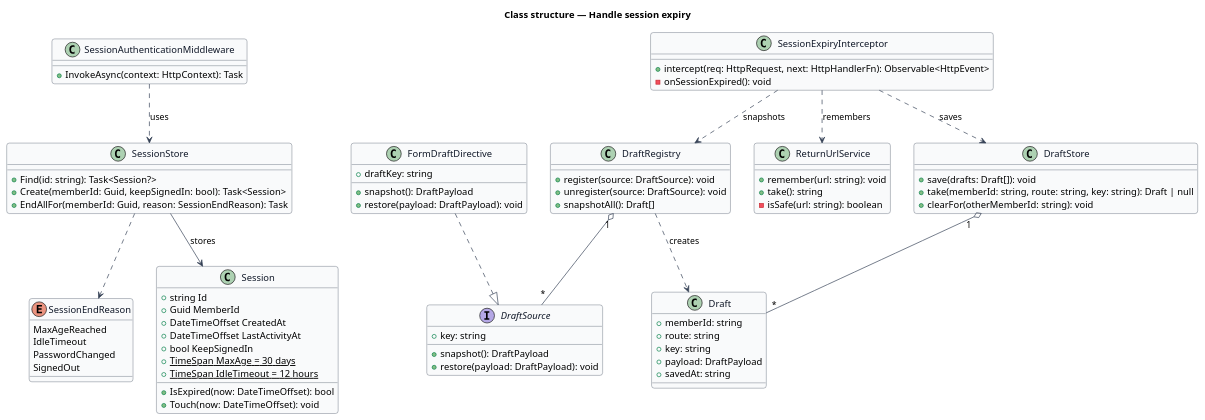
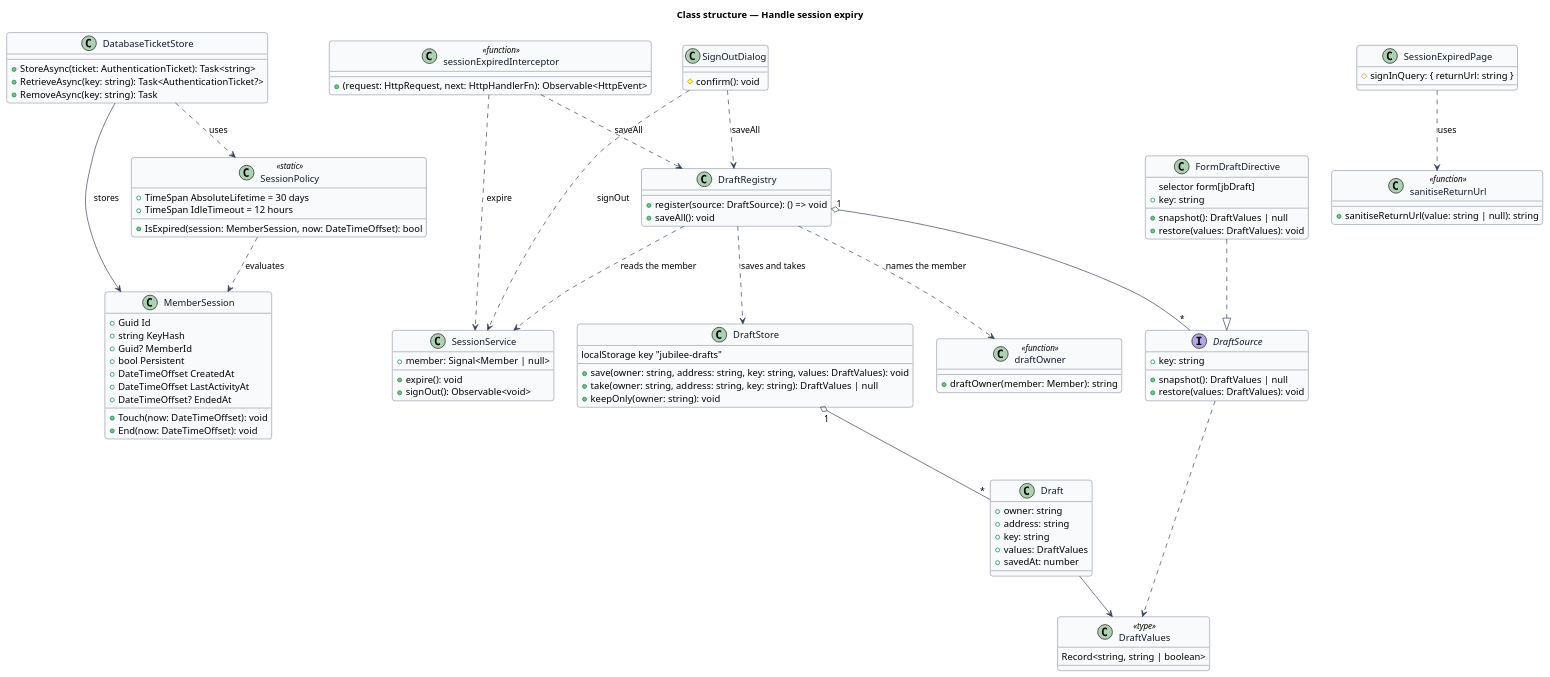
Before and after one commit to QuinntyneBrown/jubilee: the diagram in docs/detailed-designs/system-pages/handle-session-expiry/diagrams/class-structure.puml, drawn with PlantUML. The commit also changed 35 other files, not shown here.

Commit message:
Bring the sign-in, manage-session and session-expiry designs in line with the code as built (ADR 0045)

```diff
--- a/docs/detailed-designs/system-pages/handle-session-expiry/diagrams/class-structure.puml
+++ b/docs/detailed-designs/system-pages/handle-session-expiry/diagrams/class-structure.puml
@@ -1,85 +1,102 @@
 @startuml
 skinparam backgroundColor #FFFFFF
 skinparam shadowing false
 skinparam roundcorner 8
 skinparam defaultFontName Arial
 skinparam ArrowColor #344054
 skinparam class {
   BorderColor #344054
   FontColor #101828
   BackgroundColor #F9FAFB
 }
 title Class structure — Handle session expiry
-enum SessionEndReason {
-  MaxAgeReached
-  IdleTimeout
-  PasswordChanged
-  SignedOut
-}
-class Session {
-  +string Id
-  +Guid MemberId
+class MemberSession {
+  +Guid Id
+  +string KeyHash
+  +Guid? MemberId
+  +bool Persistent
   +DateTimeOffset CreatedAt
   +DateTimeOffset LastActivityAt
-  +bool KeepSignedIn
-  +{static} TimeSpan MaxAge = 30 days
-  +{static} TimeSpan IdleTimeout = 12 hours
-  +IsExpired(now: DateTimeOffset): bool
+  +DateTimeOffset? EndedAt
   +Touch(now: DateTimeOffset): void
+  +End(now: DateTimeOffset): void
 }
-class SessionStore {
-  +Find(id: string): Task<Session?>
-  +Create(memberId: Guid, keepSignedIn: bool): Task<Session>
-  +EndAllFor(memberId: Guid, reason: SessionEndReason): Task
+class SessionPolicy <<static>> {
+  +TimeSpan AbsoluteLifetime = 30 days
+  +TimeSpan IdleTimeout = 12 hours
+  +IsExpired(session: MemberSession, now: DateTimeOffset): bool
 }
-class SessionAuthenticationMiddleware {
-  +InvokeAsync(context: HttpContext): Task
+class DatabaseTicketStore {
+  +StoreAsync(ticket: AuthenticationTicket): Task<string>
+  +RetrieveAsync(key: string): Task<AuthenticationTicket?>
+  +RemoveAsync(key: string): Task
 }
-class SessionExpiryInterceptor {
-  +intercept(req: HttpRequest, next: HttpHandlerFn): Observable<HttpEvent>
-  -onSessionExpired(): void
+class "sessionExpiredInterceptor" as interceptor <<function>> {
+  +(request: HttpRequest, next: HttpHandlerFn): Observable<HttpEvent>
+}
+class SessionService {
+  +member: Signal<Member | null>
+  +expire(): void
+  +signOut(): Observable<void>
+}
+class "DraftValues" as values <<type>> {
+  Record<string, string | boolean>
 }
 interface DraftSource {
   +key: string
-  +snapshot(): DraftPayload
-  +restore(payload: DraftPayload): void
+  +snapshot(): DraftValues | null
+  +restore(values: DraftValues): void
 }
 class FormDraftDirective {
-  +draftKey: string
-  +snapshot(): DraftPayload
-  +restore(payload: DraftPayload): void
+  selector form[jbDraft]
+  +key: string
+  +snapshot(): DraftValues | null
+  +restore(values: DraftValues): void
 }
 class DraftRegistry {
-  +register(source: DraftSource): void
-  +unregister(source: DraftSource): void
-  +snapshotAll(): Draft[]
+  +register(source: DraftSource): () => void
+  +saveAll(): void
 }
 class Draft {
-  +memberId: string
-  +route: string
+  +owner: string
+  +address: string
   +key: string
-  +payload: DraftPayload
-  +savedAt: string
+  +values: DraftValues
+  +savedAt: number
 }
 class DraftStore {
-  +save(drafts: Draft[]): void
-  +take(memberId: string, route: string, key: string): Draft | null
-  +clearFor(otherMemberId: string): void
+  localStorage key "jubilee-drafts"
+  +save(owner: string, address: string, key: string, values: DraftValues): void
+  +take(owner: string, address: string, key: string): DraftValues | null
+  +keepOnly(owner: string): void
 }
-class ReturnUrlService {
-  +remember(url: string): void
-  +take(): string
-  -isSafe(url: string): boolean
+class "draftOwner" as owner <<function>> {
+  +draftOwner(member: Member): string
+}
+class SignOutDialog {
+  #confirm(): void
+}
+class "sanitiseReturnUrl" as sanitise <<function>> {
+  +sanitiseReturnUrl(value: string | null): string
+}
+class SessionExpiredPage {
+  #signInQuery: { returnUrl: string }
 }
 
-SessionAuthenticationMiddleware ..> SessionStore : uses
-SessionStore --> Session : stores
-SessionStore ..> SessionEndReason
+DatabaseTicketStore --> MemberSession : stores
+DatabaseTicketStore ..> SessionPolicy : uses
+SessionPolicy ..> MemberSession : evaluates
 FormDraftDirective ..|> DraftSource
+DraftSource ..> values
 DraftRegistry "1" o-- "*" DraftSource
-DraftRegistry ..> Draft : creates
+DraftRegistry ..> DraftStore : saves and takes
+DraftRegistry ..> owner : names the member
+DraftRegistry ..> SessionService : reads the member
 DraftStore "1" o-- "*" Draft
-SessionExpiryInterceptor ..> DraftRegistry : snapshots
-SessionExpiryInterceptor ..> DraftStore : saves
-SessionExpiryInterceptor ..> ReturnUrlService : remembers
+Draft --> values
+interceptor ..> DraftRegistry : saveAll
+interceptor ..> SessionService : expire
+SignOutDialog ..> DraftRegistry : saveAll
+SignOutDialog ..> SessionService : signOut
+SessionExpiredPage ..> sanitise : uses
 @enduml
```
